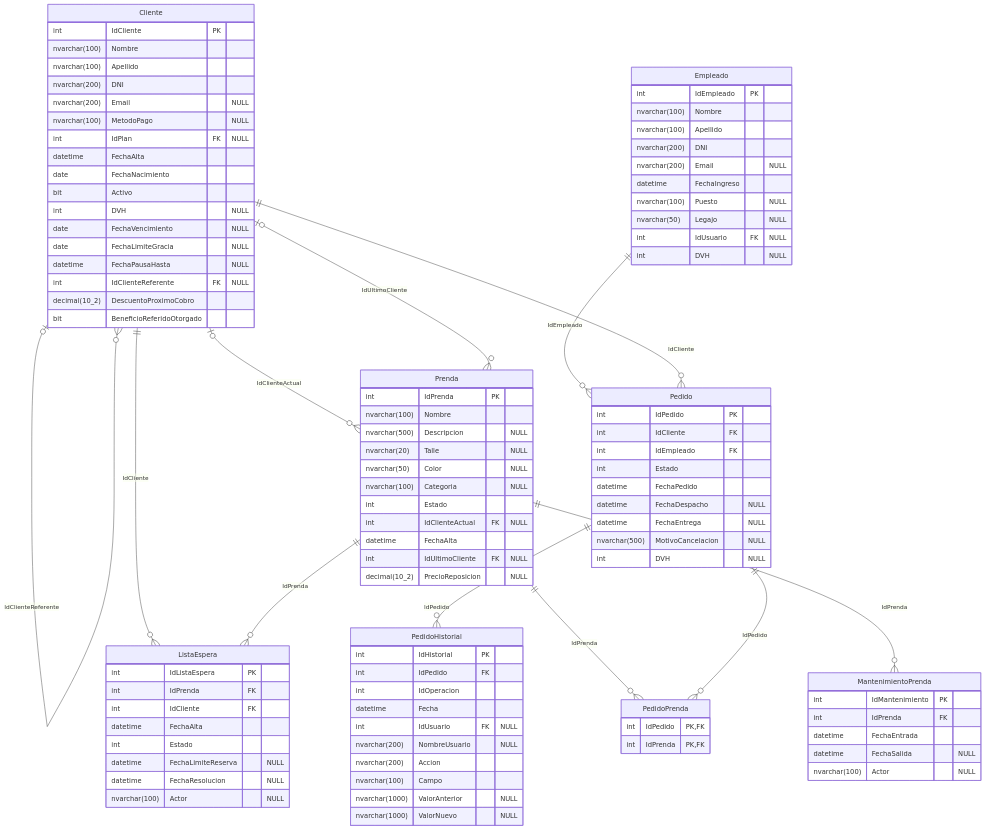
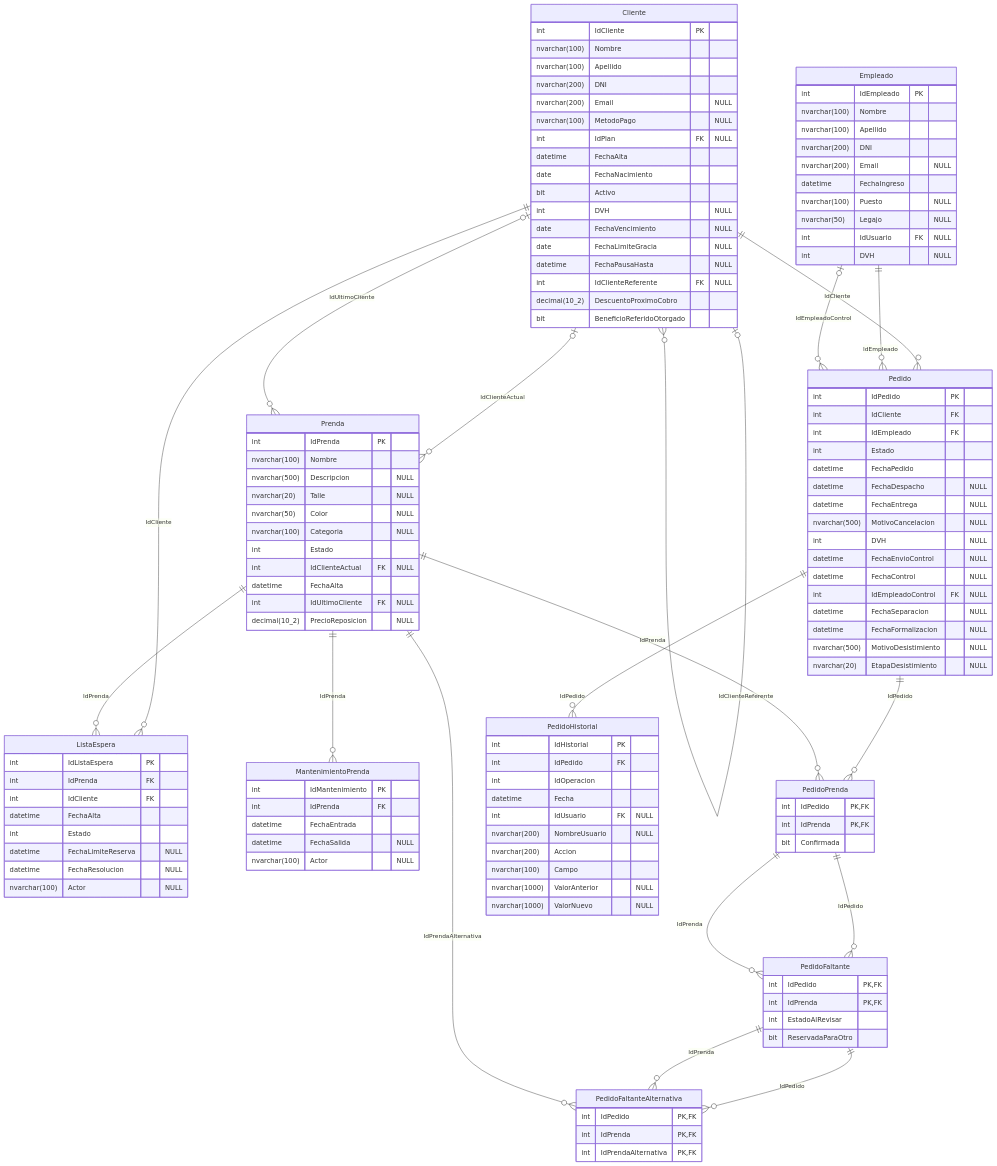
One commit to valentinamorana/Trabajo-de-Diploma changed the diagram in docs/diagramas/mermaid/DER_pn01_pedidos.mmd. Above: the diagram before and after it, drawn with Mermaid. The commit also changed 407 other files, not shown here.

```diff
--- a/docs/diagramas/mermaid/DER_pn01_pedidos.mmd
+++ b/docs/diagramas/mermaid/DER_pn01_pedidos.mmd
@@ -1,100 +1,125 @@
 erDiagram
   Cliente |o--o{ Cliente : "IdClienteReferente"
   Cliente ||--o{ ListaEspera : "IdCliente"
   Prenda ||--o{ ListaEspera : "IdPrenda"
   Prenda ||--o{ MantenimientoPrenda : "IdPrenda"
+  Cliente ||--o{ Pedido : "IdCliente"
   Empleado ||--o{ Pedido : "IdEmpleado"
-  Cliente ||--o{ Pedido : "IdCliente"
+  Empleado |o--o{ Pedido : "IdEmpleadoControl"
+  PedidoPrenda ||--o{ PedidoFaltante : "IdPedido"
+  PedidoPrenda ||--o{ PedidoFaltante : "IdPrenda"
+  PedidoFaltante ||--o{ PedidoFaltanteAlternativa : "IdPedido"
+  PedidoFaltante ||--o{ PedidoFaltanteAlternativa : "IdPrenda"
+  Prenda ||--o{ PedidoFaltanteAlternativa : "IdPrendaAlternativa"
   Pedido ||--o{ PedidoHistorial : "IdPedido"
+  Pedido ||--o{ PedidoPrenda : "IdPedido"
   Prenda ||--o{ PedidoPrenda : "IdPrenda"
-  Pedido ||--o{ PedidoPrenda : "IdPedido"
   Cliente |o--o{ Prenda : "IdClienteActual"
   Cliente |o--o{ Prenda : "IdUltimoCliente"
   Cliente {
     int IdCliente PK
     nvarchar(100) Nombre
     nvarchar(100) Apellido
     nvarchar(200) DNI
     nvarchar(200) Email "NULL"
     nvarchar(100) MetodoPago "NULL"
     int IdPlan FK "NULL"
     datetime FechaAlta
     date FechaNacimiento
     bit Activo
     int DVH "NULL"
     date FechaVencimiento "NULL"
     date FechaLimiteGracia "NULL"
     datetime FechaPausaHasta "NULL"
     int IdClienteReferente FK "NULL"
     decimal(10_2) DescuentoProximoCobro
     bit BeneficioReferidoOtorgado
   }
   Empleado {
     int IdEmpleado PK
     nvarchar(100) Nombre
     nvarchar(100) Apellido
     nvarchar(200) DNI
     nvarchar(200) Email "NULL"
     datetime FechaIngreso
     nvarchar(100) Puesto "NULL"
     nvarchar(50) Legajo "NULL"
     int IdUsuario FK "NULL"
     int DVH "NULL"
   }
   Pedido {
     int IdPedido PK
     int IdCliente FK
     int IdEmpleado FK
     int Estado
     datetime FechaPedido
     datetime FechaDespacho "NULL"
     datetime FechaEntrega "NULL"
     nvarchar(500) MotivoCancelacion "NULL"
     int DVH "NULL"
+    datetime FechaEnvioControl "NULL"
+    datetime FechaControl "NULL"
+    int IdEmpleadoControl FK "NULL"
+    datetime FechaSeparacion "NULL"
+    datetime FechaFormalizacion "NULL"
+    nvarchar(500) MotivoDesistimiento "NULL"
+    nvarchar(20) EtapaDesistimiento "NULL"
   }
   PedidoPrenda {
     int IdPedido PK,FK
     int IdPrenda PK,FK
+    bit Confirmada
+  }
+  PedidoFaltante {
+    int IdPedido PK,FK
+    int IdPrenda PK,FK
+    int EstadoAlRevisar
+    bit ReservadaParaOtro
+  }
+  PedidoFaltanteAlternativa {
+    int IdPedido PK,FK
+    int IdPrenda PK,FK
+    int IdPrendaAlternativa PK,FK
   }
   PedidoHistorial {
     int IdHistorial PK
     int IdPedido FK
     int IdOperacion
     datetime Fecha
     int IdUsuario FK "NULL"
     nvarchar(200) NombreUsuario "NULL"
     nvarchar(200) Accion
     nvarchar(100) Campo
     nvarchar(1000) ValorAnterior "NULL"
     nvarchar(1000) ValorNuevo "NULL"
   }
   Prenda {
     int IdPrenda PK
     nvarchar(100) Nombre
     nvarchar(500) Descripcion "NULL"
     nvarchar(20) Talle "NULL"
     nvarchar(50) Color "NULL"
     nvarchar(100) Categoria "NULL"
     int Estado
     int IdClienteActual FK "NULL"
     datetime FechaAlta
     int IdUltimoCliente FK "NULL"
     decimal(10_2) PrecioReposicion "NULL"
   }
   ListaEspera {
     int IdListaEspera PK
     int IdPrenda FK
     int IdCliente FK
     datetime FechaAlta
     int Estado
     datetime FechaLimiteReserva "NULL"
     datetime FechaResolucion "NULL"
     nvarchar(100) Actor "NULL"
   }
   MantenimientoPrenda {
     int IdMantenimiento PK
     int IdPrenda FK
     datetime FechaEntrada
     datetime FechaSalida "NULL"
     nvarchar(100) Actor "NULL"
   }
```
